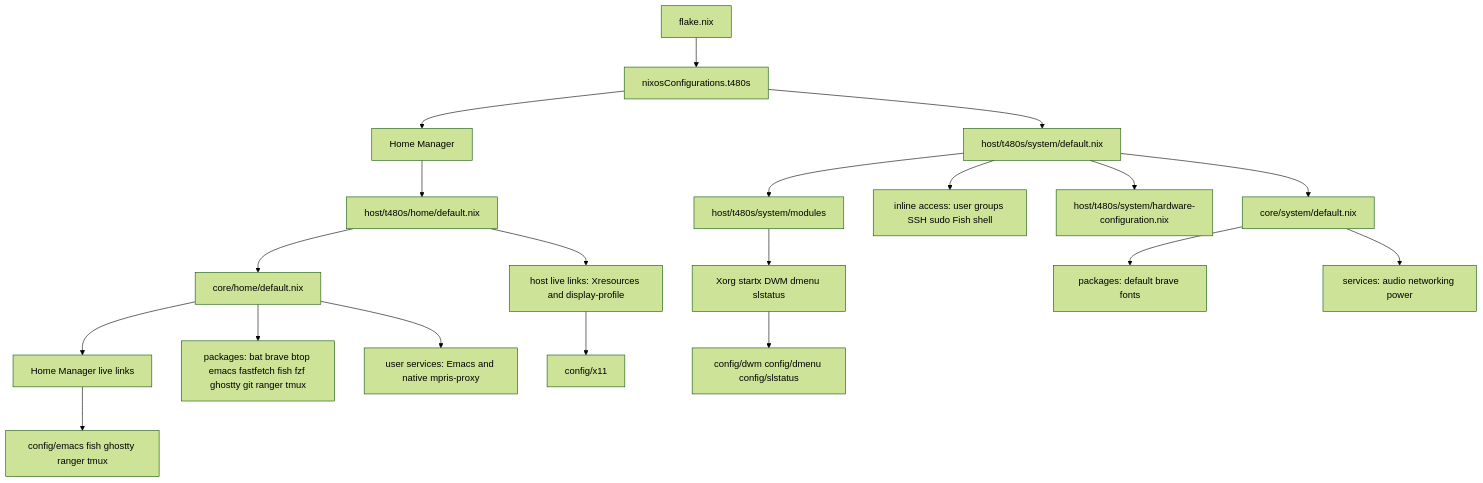
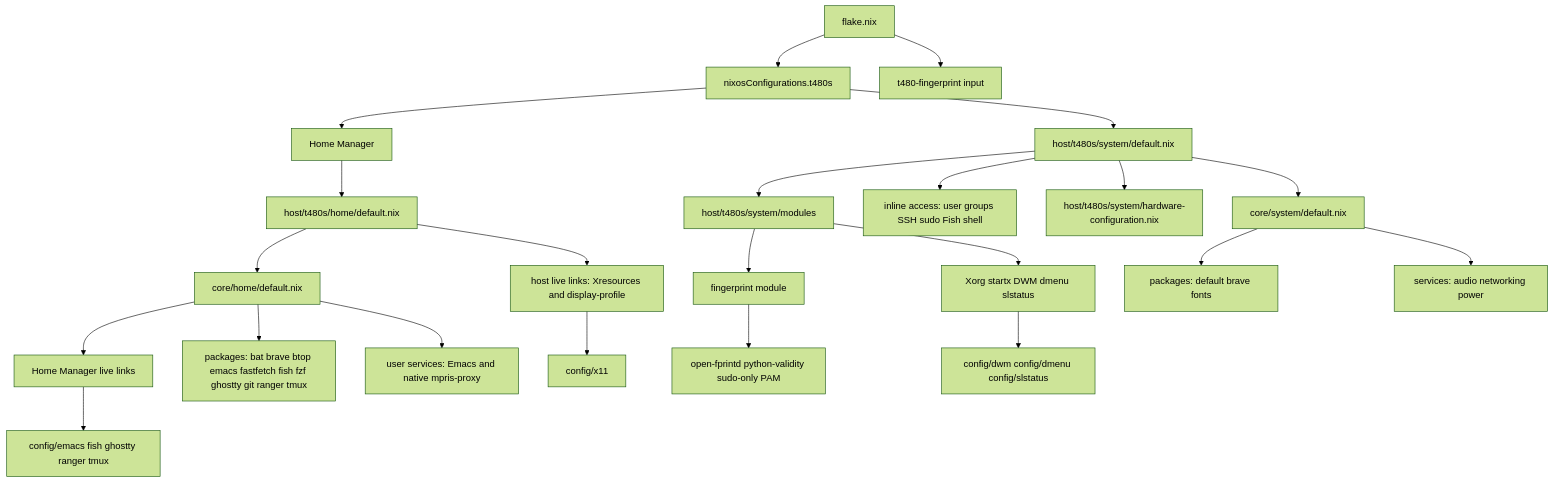
One commit to skydive420dz/t480s-dotfiles changed the diagram in docs/t480s/architecture.org. Above: the diagram before and after it, drawn with Mermaid (forest theme). The commit also changed other lines of this file and 9 other files, not shown here.

Commit message:
system: enable T480s sudo fingerprint authentication

```diff
--- a/docs/t480s/architecture.org
+++ b/docs/t480s/architecture.org
@@ -5,22 +5,25 @@
 #+begin_src mermaid
 flowchart TD
   F[flake.nix] --> T[nixosConfigurations.t480s]
+  F --> FI[t480-fingerprint input]
   T --> HS[host/t480s/system/default.nix]
   HS --> CS[core/system/default.nix]
   HS --> HSM[host/t480s/system/modules]
   HS --> ACC[inline access: user groups SSH sudo Fish shell]
   HS --> HW[host/t480s/system/hardware-configuration.nix]
   T --> HM[Home Manager]
   HM --> HH[host/t480s/home/default.nix]
   HH --> CH[core/home/default.nix]
   HH --> HL[host live links: Xresources and display-profile]
   CH --> L[Home Manager live links]
   CH --> HP[packages: bat brave btop emacs fastfetch fish fzf ghostty git ranger tmux]
   CH --> HU[user services: Emacs and native mpris-proxy]
   L --> C[config/emacs fish ghostty ranger tmux]
   HL --> XC[config/x11]
   HSM --> X[Xorg startx DWM dmenu slstatus]
+  HSM --> FS[fingerprint module]
+  FS --> FA[open-fprintd python-validity sudo-only PAM]
   X --> SH[config/dwm config/dmenu config/slstatus]
   CS --> CSP[packages: default brave fonts]
   CS --> CSS[services: audio networking power]
 #+end_src
```
